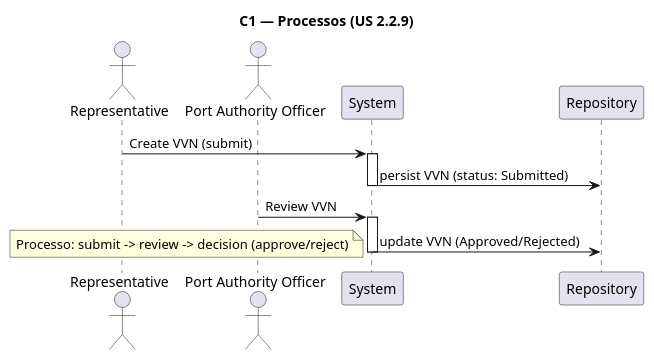
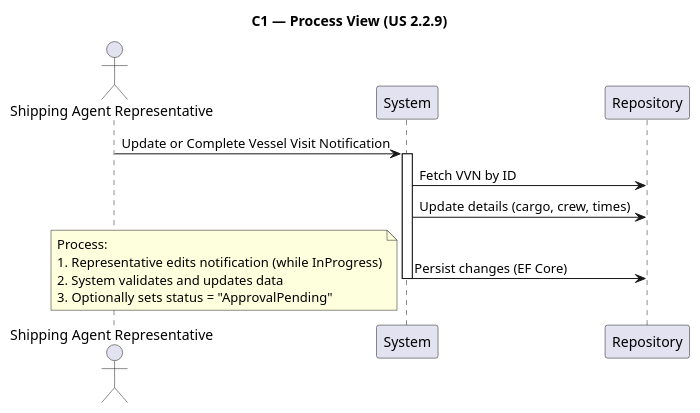
The diagram in Docs/Sprint A/US 2.2.9/Modelo C4/C1_Processos.puml (Departamento-de-Engenharia-Informatica/LEI-SEM5-PI-2025-26-3DM-03), drawn with PlantUML before and after one commit. The commit also changed other lines of this file and 12 other files, not shown here.

Commit message:
Refactor UML diagrams for Vessel Visit Notifications #10

```diff
--- a/Docs/Sprint A/US 2.2.9/Modelo C4/C1_Processos.puml
+++ b/Docs/Sprint A/US 2.2.9/Modelo C4/C1_Processos.puml
@@ -2,21 +1,19 @@
 @startuml C1_Processos
-title C1 — Processos (US 2.2.9)
+title C1 — Process View (US 2.2.9)
 
-actor "Representative" as Rep
-actor "Port Authority Officer" as Officer
+actor "Shipping Agent Representative" as Rep
 
-Rep -> System : Create VVN (submit)
+Rep -> System : Update or Complete Vessel Visit Notification
 activate System
-System -> Repository : persist VVN (status: Submitted)
-deactivate System
-
-Officer -> System : Review VVN
-activate System
-System -> Repository : update VVN (Approved/Rejected)
+System -> Repository : Fetch VVN by ID
+System -> Repository : Update details (cargo, crew, times)
+System -> Repository : Persist changes (EF Core)
 deactivate System
 
 note bottom
-Processo: submit -> review -> decision (approve/reject)
+Process:
+1. Representative edits notification (while InProgress)
+2. System validates and updates data
+3. Optionally sets status = "ApprovalPending"
 end note
-
 @enduml
```
